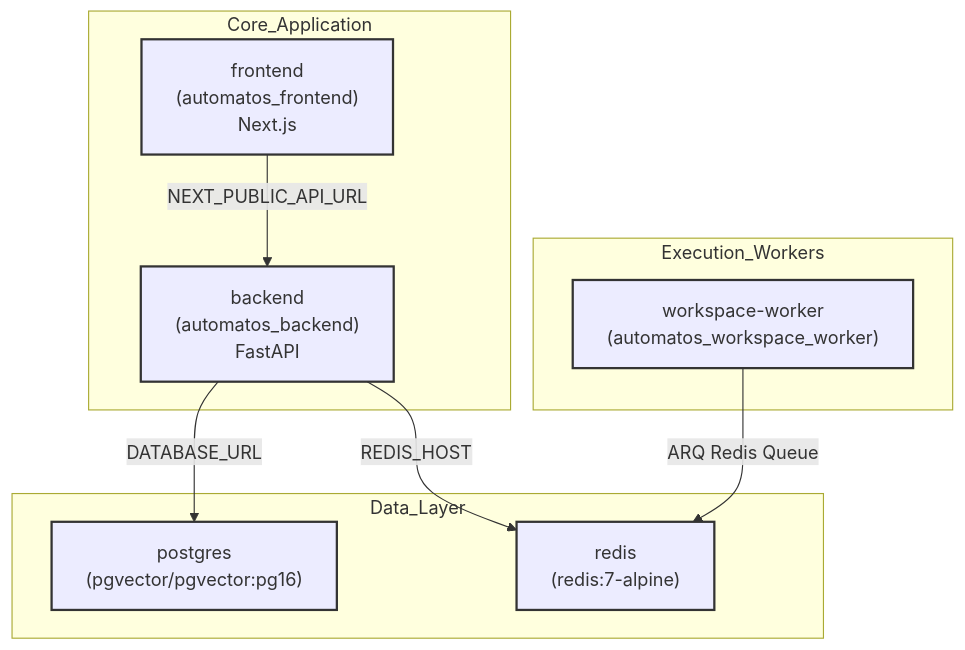
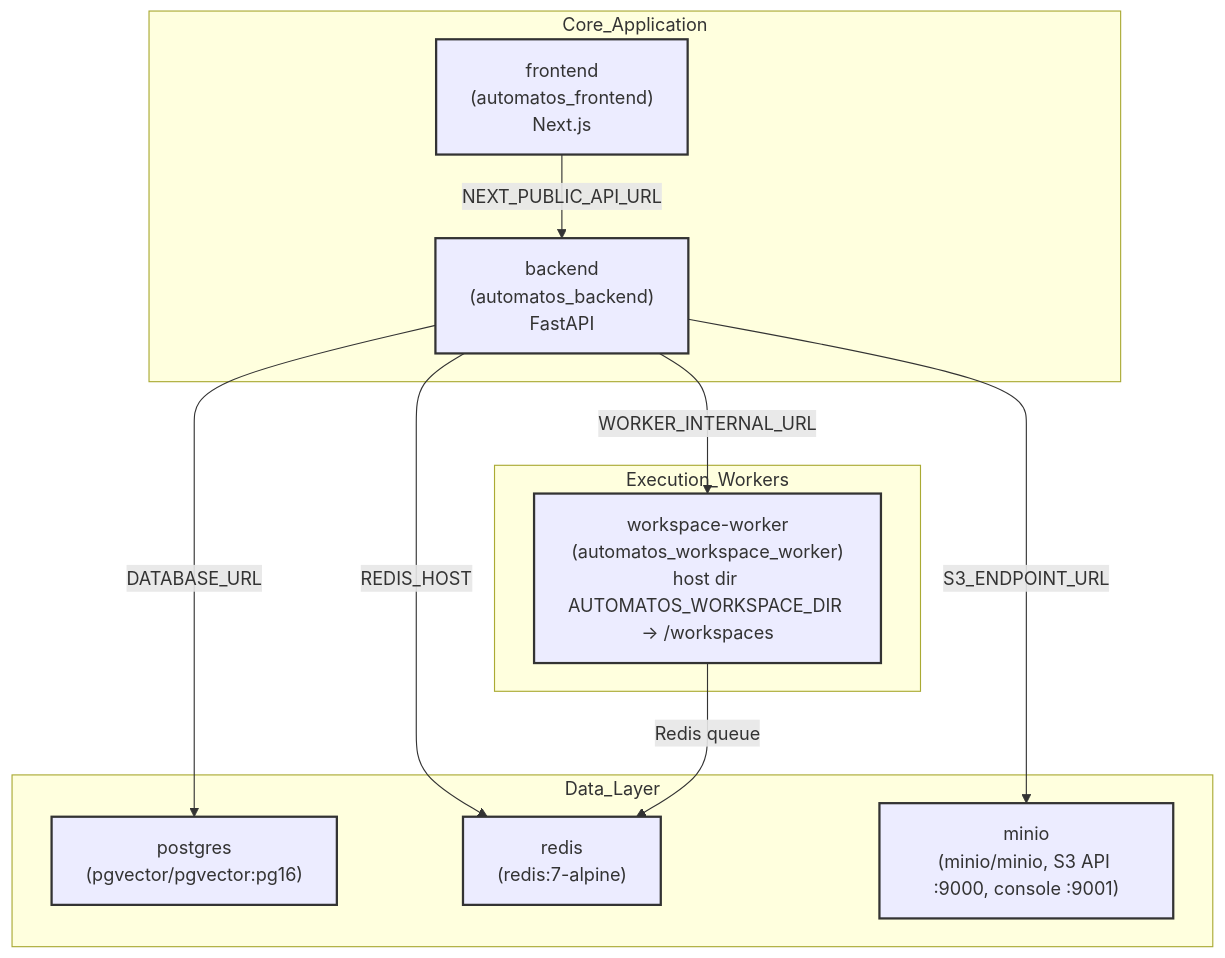
One commit to AutomatosAI/automatos-ai changed the first of 2 diagrams in docs/getting-started/installation-setup.md. Above: the diagram before and after it, drawn with Mermaid. The commit also changed other lines of this file and 185 other files, not shown here.

````diff
--- a/docs/getting-started/installation-setup.md
+++ b/docs/getting-started/installation-setup.md
@@ -87,23 +90,26 @@
 ```mermaid
 graph TB
     subgraph "Data_Layer"
         pg["postgres<br/>(pgvector/pgvector:pg16)"]
         rd["redis<br/>(redis:7-alpine)"]
+        mn["minio<br/>(minio/minio, S3 API :9000, console :9001)"]
     end
     
     subgraph "Core_Application"
         be["backend<br/>(automatos_backend)<br/>FastAPI"]
         fe["frontend<br/>(automatos_frontend)<br/>Next.js"]
     end
     
     subgraph "Execution_Workers"
-        ww["workspace-worker<br/>(automatos_workspace_worker)"]
+        ww["workspace-worker<br/>(automatos_workspace_worker)<br/>host dir AUTOMATOS_WORKSPACE_DIR → /workspaces"]
     end
 
     fe -- "NEXT_PUBLIC_API_URL" --> be
     be -- "DATABASE_URL" --> pg
     be -- "REDIS_HOST" --> rd
-    ww -- "ARQ Redis Queue" --> rd
+    be -- "S3_ENDPOINT_URL" --> mn
+    be -- "WORKER_INTERNAL_URL" --> ww
+    ww -- "Redis queue" --> rd
     
     classDef default stroke:#333,stroke-width:2px;
 ```
````
